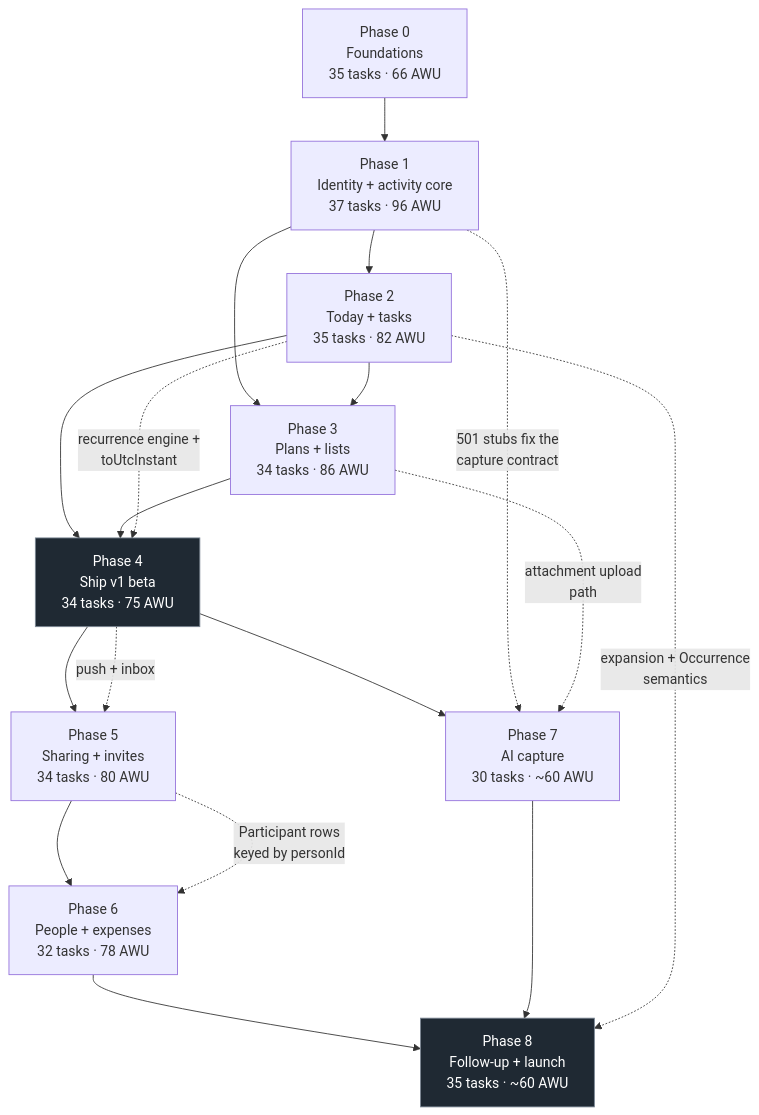
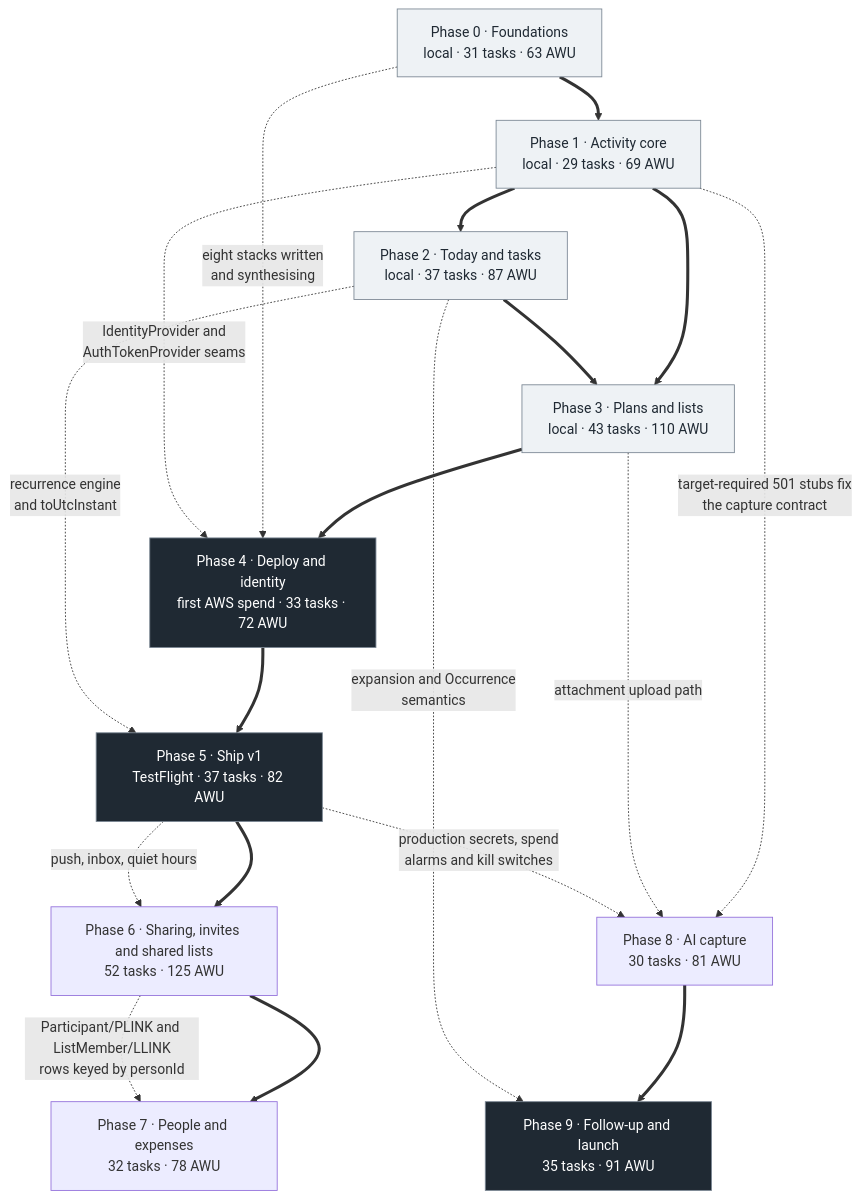
Before and after one commit to malikujjwal/ordinarydays: the diagram in docs/03-implementation/roadmap.md, drawn with Mermaid. The commit also changed other lines of this file and 46 other files, not shown here.

````diff
--- a/docs/03-implementation/roadmap.md
+++ b/docs/03-implementation/roadmap.md
@@ -150,34 +236,38 @@
 ```mermaid
 graph TD
-    P0["Phase 0<br/>Foundations<br/>35 tasks · 66 AWU"]
-    P1["Phase 1<br/>Identity + activity core<br/>37 tasks · 96 AWU"]
-    P2["Phase 2<br/>Today + tasks<br/>35 tasks · 82 AWU"]
-    P3["Phase 3<br/>Plans + lists<br/>34 tasks · 86 AWU"]
-    P4["Phase 4<br/>Ship v1 beta<br/>34 tasks · 75 AWU"]
-    P5["Phase 5<br/>Sharing + invites<br/>34 tasks · 80 AWU"]
-    P6["Phase 6<br/>People + expenses<br/>32 tasks · 78 AWU"]
-    P7["Phase 7<br/>AI capture<br/>30 tasks · ~60 AWU"]
-    P8["Phase 8<br/>Follow-up + launch<br/>35 tasks · ~60 AWU"]
+    P0["Phase 0 · Foundations<br/>local · 31 tasks · 63 AWU"]
+    P1["Phase 1 · Activity core<br/>local · 29 tasks · 69 AWU"]
+    P2["Phase 2 · Today and tasks<br/>local · 37 tasks · 87 AWU"]
+    P3["Phase 3 · Plans and lists<br/>local · 43 tasks · 110 AWU"]
+    P4["Phase 4 · Deploy and identity<br/>first AWS spend · 33 tasks · 72 AWU"]
+    P5["Phase 5 · Ship v1<br/>TestFlight · 37 tasks · 82 AWU"]
+    P6["Phase 6 · Sharing, invites and shared lists<br/>52 tasks · 125 AWU"]
+    P7["Phase 7 · People and expenses<br/>32 tasks · 78 AWU"]
+    P8["Phase 8 · AI capture<br/>30 tasks · 81 AWU"]
+    P9["Phase 9 · Follow-up and launch<br/>35 tasks · 91 AWU"]
 
-    P0 --> P1
-    P1 --> P2
-    P1 --> P3
-    P2 --> P3
-    P2 --> P4
-    P3 --> P4
-    P4 --> P5
-    P5 --> P6
-    P4 --> P7
-    P6 --> P8
-    P7 --> P8
+    P0 ==> P1
+    P1 ==> P2
+    P1 ==> P3
+    P2 ==> P3
+    P3 ==> P4
+    P4 ==> P5
+    P5 ==> P6
+    P6 ==> P7
+    P8 ==> P9
 
-    P1 -. "501 stubs fix the<br/>capture contract" .-> P7
-    P2 -. "recurrence engine +<br/>toUtcInstant" .-> P4
-    P2 -. "expansion + Occurrence<br/>semantics" .-> P8
-    P3 -. "attachment upload<br/>path" .-> P7
-    P4 -. "push + inbox" .-> P5
-    P5 -. "Participant rows<br/>keyed by personId" .-> P6
+    P0 -. "eight stacks written<br/>and synthesising" .-> P4
+    P1 -. "IdentityProvider and<br/>AuthTokenProvider seams" .-> P4
+    P1 -. "target-required 501 stubs fix<br/>the capture contract" .-> P8
+    P2 -. "recurrence engine<br/>and toUtcInstant" .-> P5
+    P2 -. "expansion and Occurrence<br/>semantics" .-> P9
+    P3 -. "attachment upload path" .-> P8
+    P5 -. "production secrets, spend<br/>alarms and kill switches" .-> P8
+    P5 -. "push, inbox, quiet hours" .-> P6
+    P6 -. "Participant/PLINK and ListMember/LLINK<br/>rows keyed by personId" .-> P7
 
+    classDef local fill:#eef2f5,stroke:#7b8794,color:#1f2933
     classDef ship fill:#1f2933,stroke:#7b8794,color:#ffffff
-    class P4,P8 ship
+    class P0,P1,P2,P3 local
+    class P4,P5,P9 ship
 ```
````
